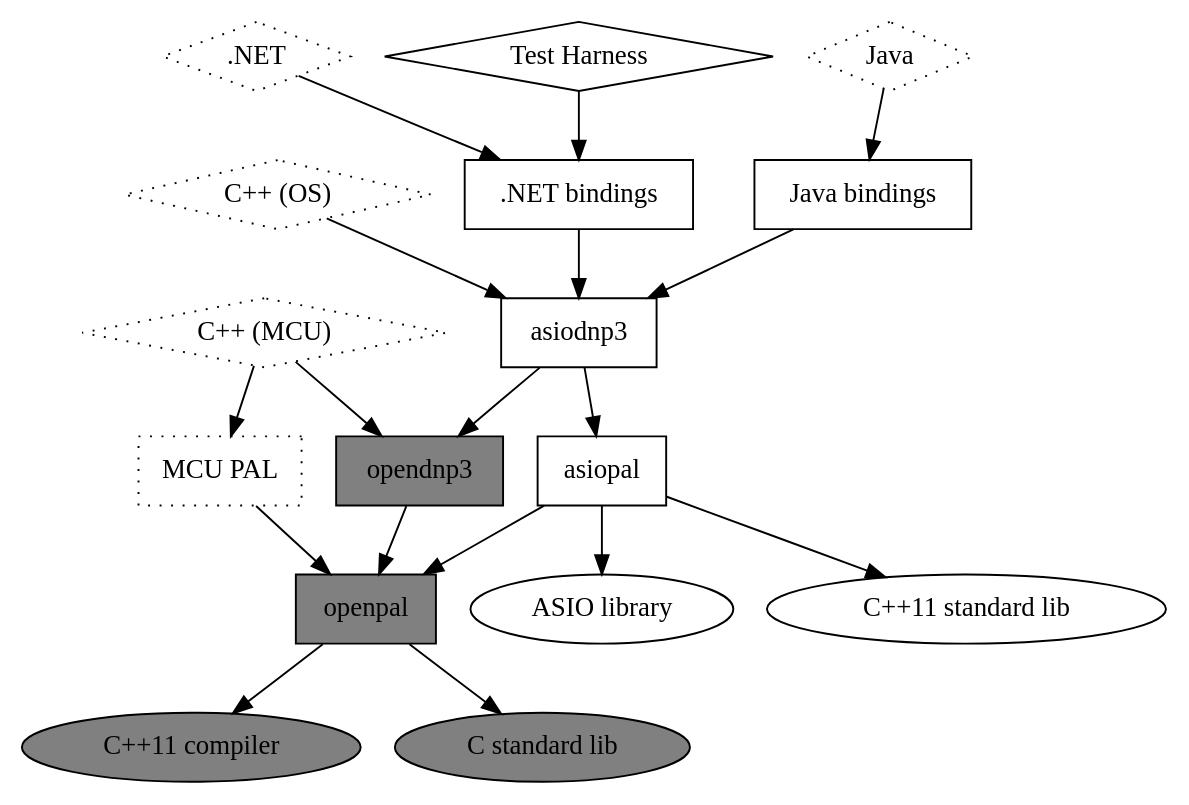
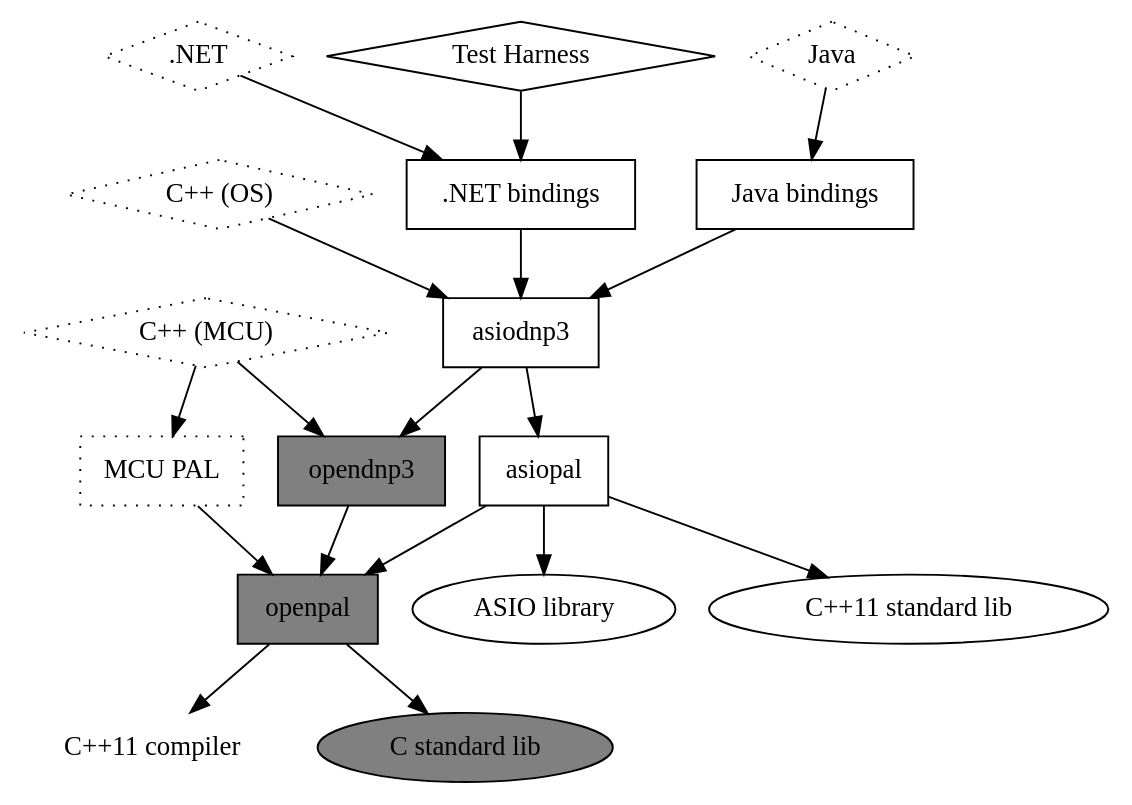
One commit to dnp3/opendnp3-guide changed the diagram in source/layout/modules.dot. Above: the diagram before and after it, drawn with Graphviz. The commit also changed 1 other file, not shown here.

Commit message:
tweaks to dependency graph key

```diff
--- a/source/layout/modules.dot
+++ b/source/layout/modules.dot
@@ -1,48 +1,48 @@
 digraph foo {	
 	
-	cxx [label="C++11 compiler", shape = ellipse, style = filled, fillcolor = grey];
+	cxx [label="C++11 compiler", shape = plaintext];
 	cstdlib [label="C standard lib", shape=ellipse, style = filled, fillcolor = grey];
 
 	openpal [label="openpal", shape=rectange, style = filled, fillcolor = grey];
 	mcupal [label="MCU PAL", shape=rectange, style = dotted, fillcolor = grey];
 	asio [label="ASIO library", shape=ellipse];
 	asiopal [label="asiopal", shape=rectange];
 	
 	mcuapp [label="C++ (MCU)", shape=diamond, style = dotted, fillcolor = grey];
 		
 	cxxstdlib [label="C++11 standard lib", shape=ellipse];
 	
 	opendnp3 [label="opendnp3", shape=rectange, style = filled, fillcolor = grey];
 	asiodnp3 [label="asiodnp3", shape=rectange];
 
 	cppapp [label="C++ (OS)", style = dotted, shape=diamond];
 
 	dotnet [label=".NET bindings", shape=rectange];
 	java [label="Java bindings", shape=rectange];
 
 	dotnetapp [label=".NET", style = dotted, shape=diamond];
 	simulator [label="Test Harness", shape=diamond];
 	javaapp [label="Java", style = dotted, shape=diamond];
 
 	dotnet->asiodnp3;
 	java->asiodnp3;
 
 	dotnetapp->dotnet;
 	simulator->dotnet;
 	javaapp->java;
 
 	openpal->cxx;
 	openpal->cstdlib;
 	mcupal->openpal;
 	mcuapp->mcupal;
 	mcuapp->opendnp3;
 	opendnp3->openpal;
 
 	asiopal->cxxstdlib;
 	asiopal->asio;
 	asiodnp3->asiopal;
 	cppapp->asiodnp3;
 	asiopal->openpal;
 	asiodnp3->opendnp3;
 	
 }
```
